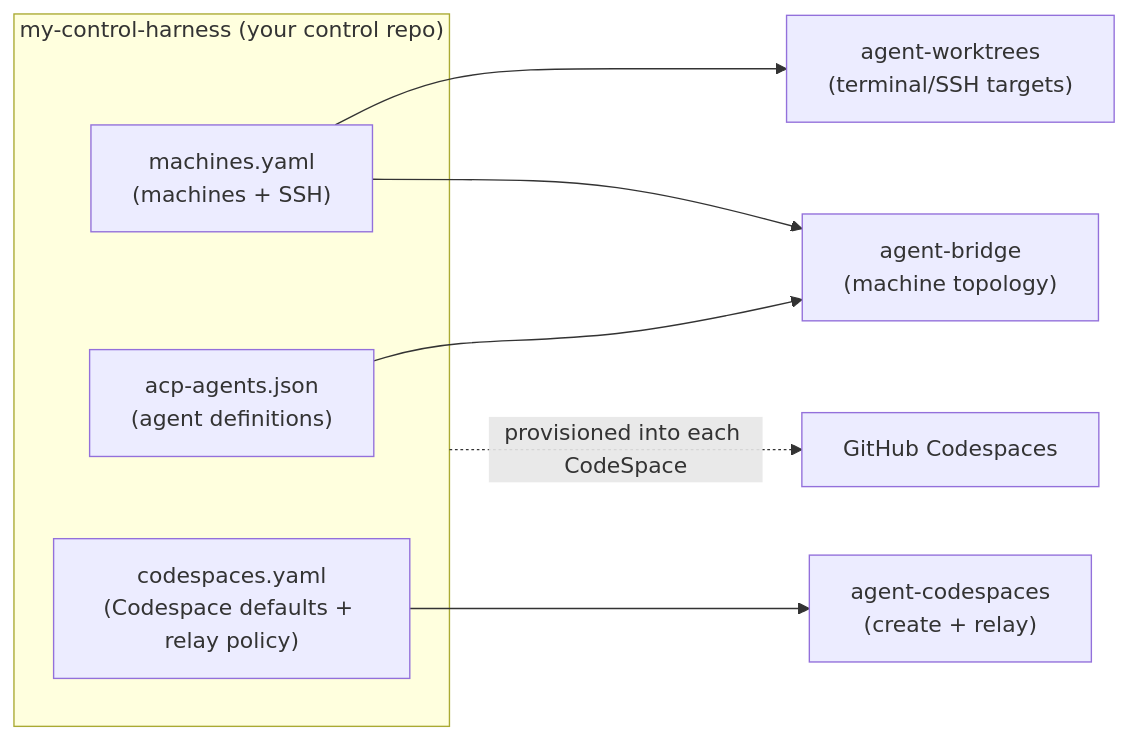
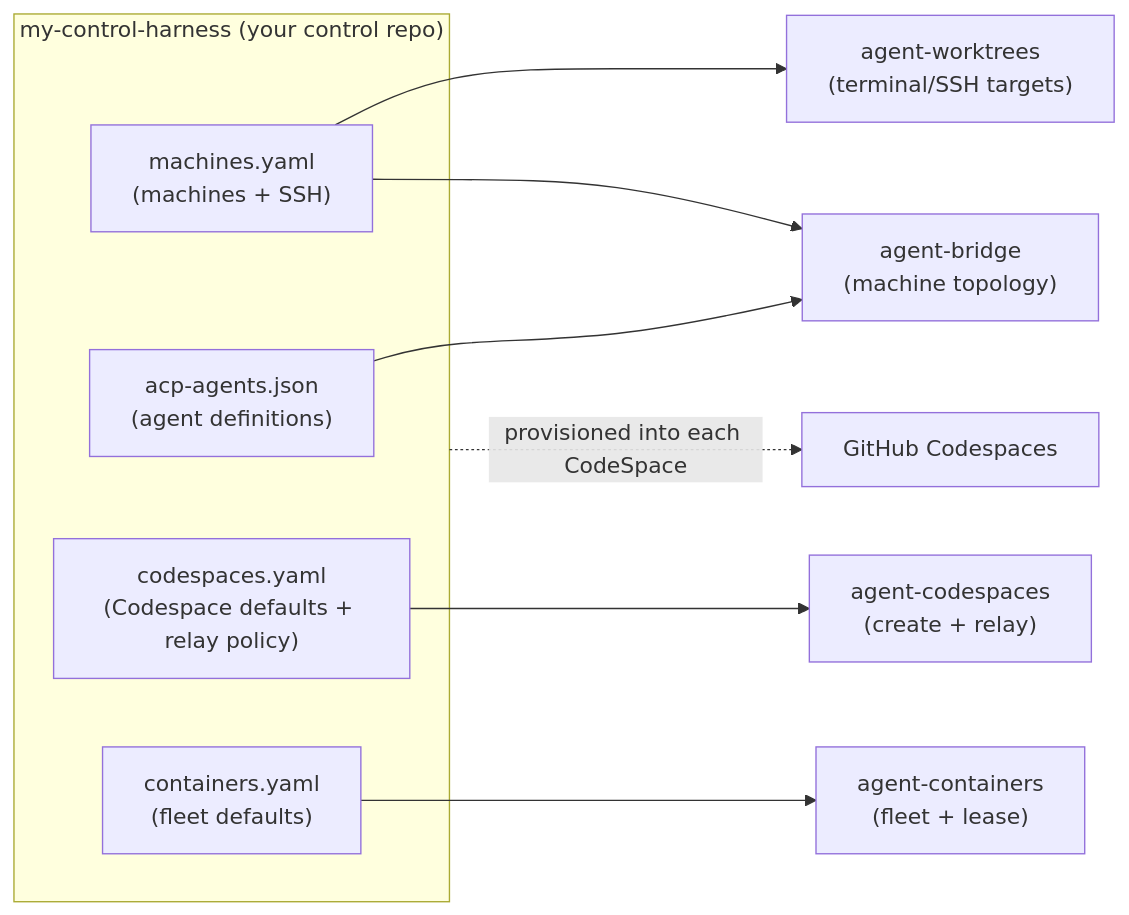
One commit to ThomasMichon/copilot-extensions changed the second of 4 diagrams in docs/architecture.md. Above: the diagram before and after it, drawn with Mermaid. The commit also changed other lines of this file and 32 other files, not shown here.

First line of the commit message:
Document agent-containers + agent-mcp; purge Gitea + internal repo references

````diff
--- a/docs/architecture.md
+++ b/docs/architecture.md
@@ -63,13 +77,15 @@
 ```mermaid
 flowchart LR
     subgraph Repo["my-control-harness (your control repo)"]
       MY["machines.yaml<br/>(machines + SSH)"]
       AG["acp-agents.json<br/>(agent definitions)"]
       CY["codespaces.yaml<br/>(Codespace defaults + relay policy)"]
+      CN["containers.yaml<br/>(fleet defaults)"]
     end
     MY --> WT["agent-worktrees<br/>(terminal/SSH targets)"]
     MY --> BR["agent-bridge<br/>(machine topology)"]
     AG --> BR
     CY --> CSp["agent-codespaces<br/>(create + relay)"]
+    CN --> CTp["agent-containers<br/>(fleet + lease)"]
     Repo -.->|provisioned into each CodeSpace| GH["GitHub Codespaces"]
 ```
````
